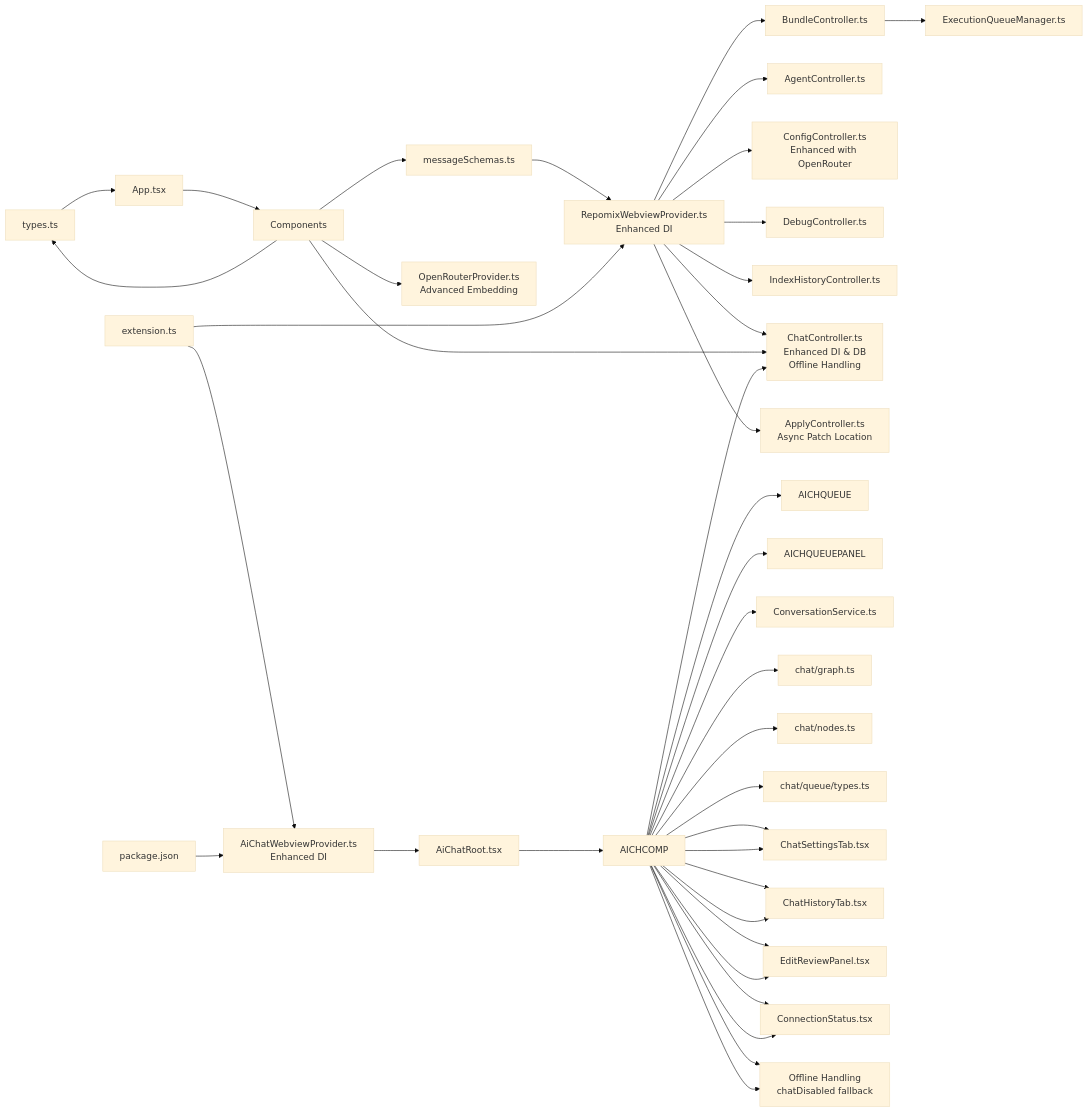
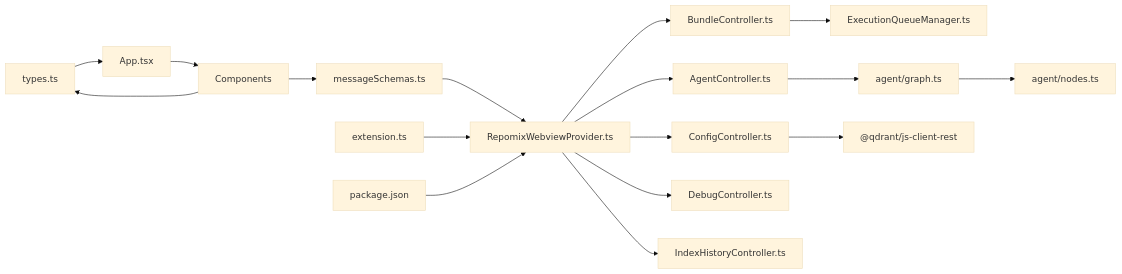
The tenth of 10 diagrams in .qoder/repowiki/en/content/Webview Interface/Webview Interface.md (bramburn/repomix-runner), drawn with Mermaid (base theme) before and after one commit. The commit also changed other lines of this file and 41 other files, not shown here.

First line of the commit message:
feat(config): implement auto-generated Qdrant collection names and streamline settings

````diff
--- a/.qoder/repowiki/en/content/Webview Interface/Webview Interface.md
+++ b/.qoder/repowiki/en/content/Webview Interface/Webview Interface.md
@@ -1833,40 +556,19 @@
 ```mermaid
 graph LR
 TYPES["types.ts"] --> APP["App.tsx"]
-MS["messageSchemas.ts"] --> RPV["RepomixWebviewProvider.ts<br/>Enhanced DI"]
+MS["messageSchemas.ts"] --> RPV["RepomixWebviewProvider.ts"]
 RPV --> BCTRL["BundleController.ts"]
 RPV --> ACTRL["AgentController.ts"]
-RPV --> CCTRL["ConfigController.ts<br/>Enhanced with OpenRouter"]
+RPV --> CCTRL["ConfigController.ts"]
 RPV --> DCTRL["DebugController.ts"]
 RPV --> IHCTRL["IndexHistoryController.ts"]
-RPV --> CHCTRL["ChatController.ts<br/>Enhanced DI & DB<br/>Offline Handling"]
-RPV --> APCTRL["ApplyController.ts<br/>Async Patch Location"]
 BCTRL --> EQM["ExecutionQueueManager.ts"]
 APP --> COMP["Components"]
 COMP --> TYPES
 COMP --> MS
-COMP --> CHCTRL
-COMP --> OPROV["OpenRouterProvider.ts<br/>Advanced Embedding"]
-AICHCOMP --> AICHQUEUE
-AICHCOMP --> AICHQUEUEPANEL
-AICHCOMP --> CHCTRL
-AICHCOMP --> CONV["ConversationService.ts"]
-AICHCOMP --> CHATGRAPH["chat/graph.ts"]
-AICHCOMP --> CHATNODES["chat/nodes.ts"]
-AICHCOMP --> QUEUETYPES["chat/queue/types.ts"]
-AICHCOMP --> SETTINGSCOMP["ChatSettingsTab.tsx"]
-AICHCOMP --> HISTORYCOMP["ChatHistoryTab.tsx"]
-AICHCOMP --> REVIEWCOMP["EditReviewPanel.tsx"]
-AICHCOMP --> CONNCOMP["ConnectionStatus.tsx"]
-AICHCOMP --> OFFLINECOMP["Offline Handling<br/>chatDisabled fallback"]
+ACTRL --> AGENTGRAPH["agent/graph.ts"]
+AGENTGRAPH --> AGENTNODES["agent/nodes.ts"]
 EXT["extension.ts"] --> RPV
-EXT --> AICHPROV["AiChatWebviewProvider.ts<br/>Enhanced DI"]
-AICHPROV --> AICHROOT["AiChatRoot.tsx"]
-AICHROOT --> AICHCOMP
-AICHCOMP --> SETTINGSCOMP
-AICHCOMP --> HISTORYCOMP
-AICHCOMP --> REVIEWCOMP
-AICHCOMP --> CONNCOMP
-AICHCOMP --> OFFLINECOMP
-PKG["package.json"] --> AICHPROV
+PKG["package.json"] --> RPV
+CCTRL --> QDRANT["@qdrant/js-client-rest"]
 ```
````
